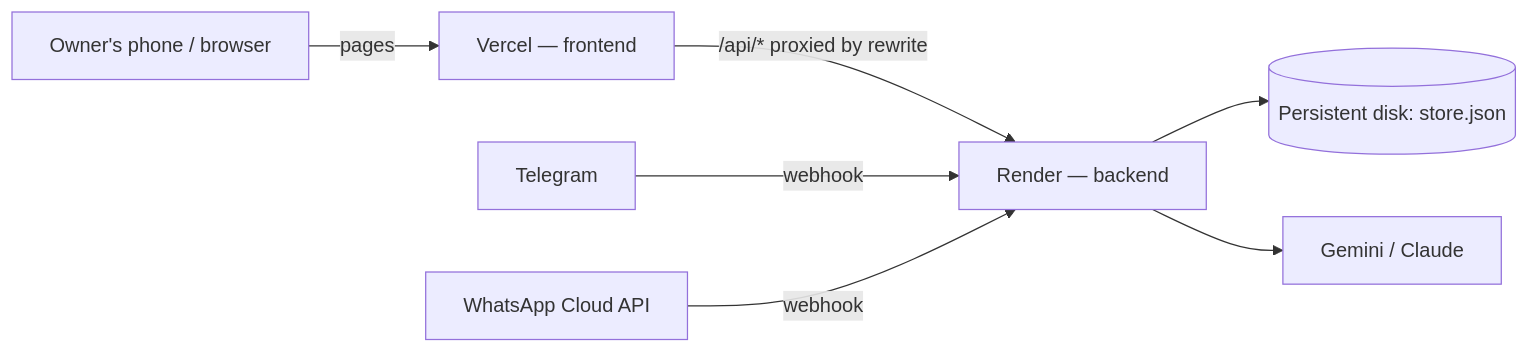
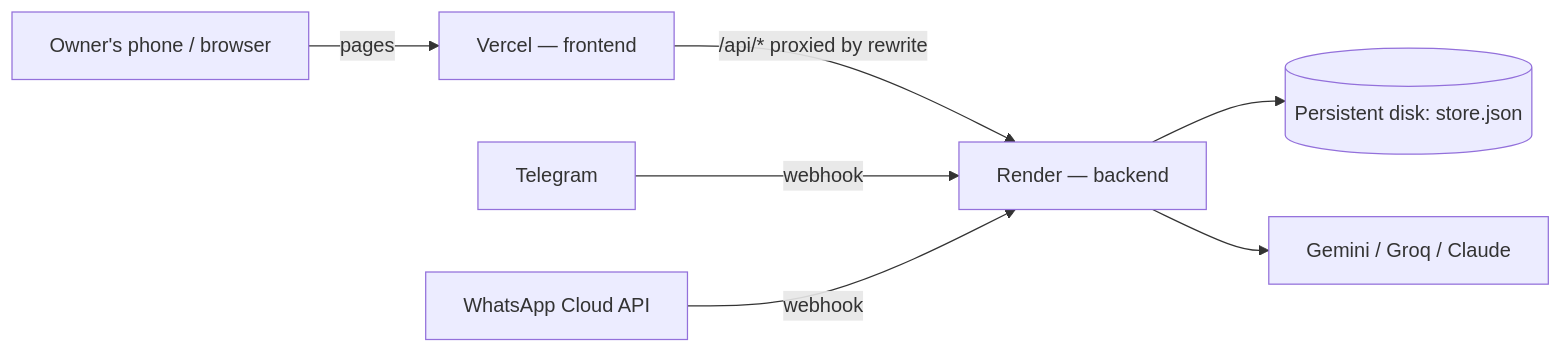
Before and after one commit to perrysolid/AIRTEL-SYNC: the diagram in docs/deploy.md, drawn with Mermaid. The commit also changed other lines of this file and 12 other files, not shown here.

Commit message:
Groq as backup AI provider (gpt-oss-120b advisor, qwen vision KYC, Whisper voice) behind Gemini; brief pause on rate limits; blurred-photo GSTIN guesses ask for a retake instead of rejecting

````diff
--- a/docs/deploy.md
+++ b/docs/deploy.md
@@ -5,9 +5,9 @@
 ```mermaid
 flowchart LR
   U[Owner's phone / browser] -->|pages| V[Vercel — frontend]
   V -->|/api/* proxied by rewrite| R[Render — backend]
   TG[Telegram] -->|webhook| R
   WA[WhatsApp Cloud API] -->|webhook| R
   R --> D[(Persistent disk: store.json)]
-  R --> G[Gemini / Claude]
+  R --> G[Gemini / Groq / Claude]
 ```
````
